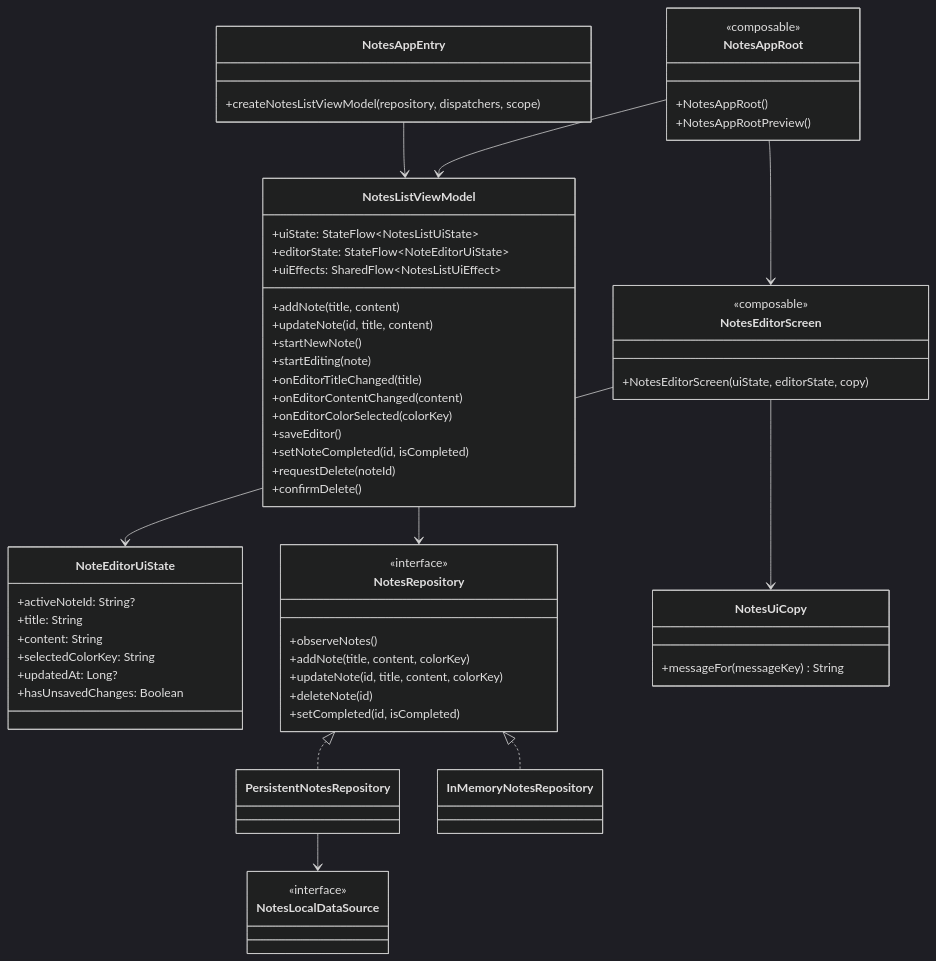
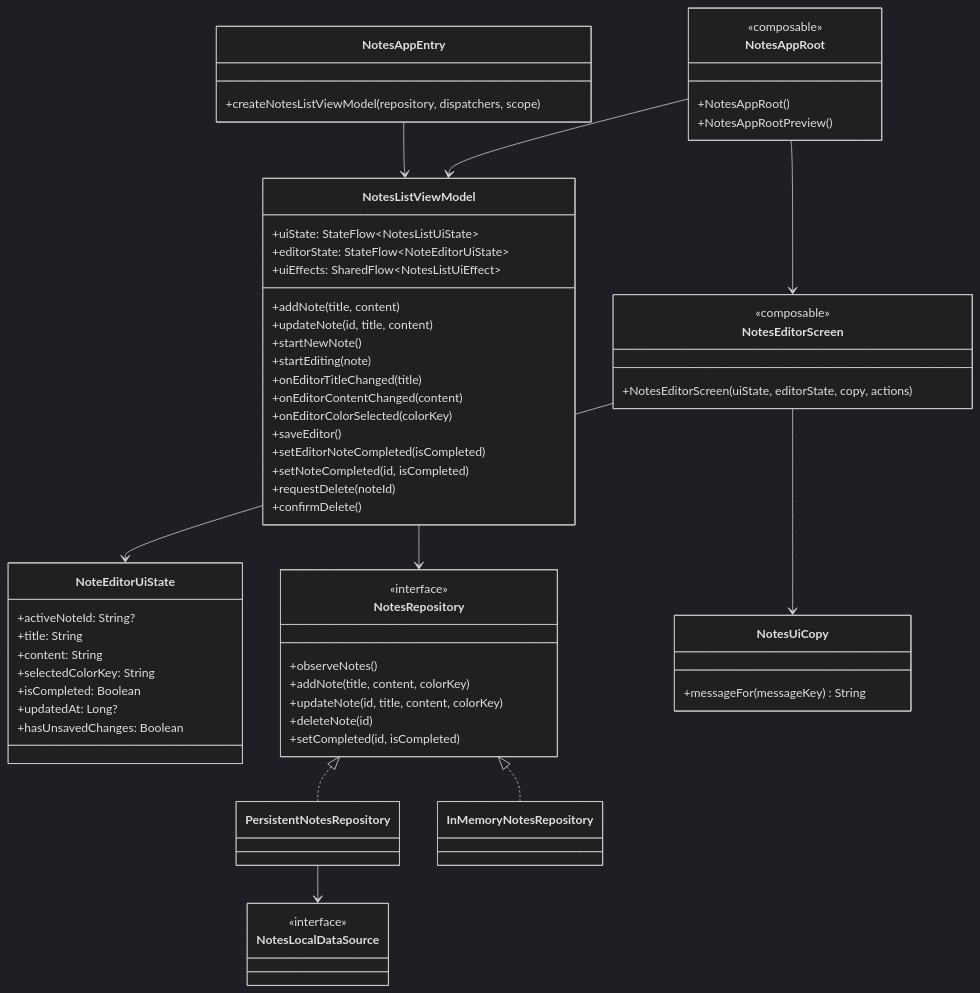
The second of 4 diagrams in feature/notes/ARCHITECTURE.md (TheSetox/note), drawn with Mermaid (dark theme) before and after one commit. The commit also changed 6 other files, not shown here.

Commit message:
feat: add notes editor actions

````diff
--- a/feature/notes/ARCHITECTURE.md
+++ b/feature/notes/ARCHITECTURE.md
@@ -18,72 +18,74 @@
 ```mermaid
 classDiagram
   class NotesAppEntry {
     +createNotesListViewModel(repository, dispatchers, scope)
   }
 
   class NotesListViewModel {
     +uiState: StateFlow~NotesListUiState~
     +editorState: StateFlow~NoteEditorUiState~
     +uiEffects: SharedFlow~NotesListUiEffect~
     +addNote(title, content)
     +updateNote(id, title, content)
     +startNewNote()
     +startEditing(note)
     +onEditorTitleChanged(title)
     +onEditorContentChanged(content)
     +onEditorColorSelected(colorKey)
     +saveEditor()
+    +setEditorNoteCompleted(isCompleted)
     +setNoteCompleted(id, isCompleted)
     +requestDelete(noteId)
     +confirmDelete()
   }
 
   class NoteEditorUiState {
     +activeNoteId: String?
     +title: String
     +content: String
     +selectedColorKey: String
+    +isCompleted: Boolean
     +updatedAt: Long?
     +hasUnsavedChanges: Boolean
   }
 
   class NotesRepository {
     <<interface>>
     +observeNotes()
     +addNote(title, content, colorKey)
     +updateNote(id, title, content, colorKey)
     +deleteNote(id)
     +setCompleted(id, isCompleted)
   }
 
   class NotesEditorScreen {
     <<composable>>
-    +NotesEditorScreen(uiState, editorState, copy)
+    +NotesEditorScreen(uiState, editorState, copy, actions)
   }
 
   class NotesUiCopy {
     +messageFor(messageKey) String
   }
 
   class PersistentNotesRepository
   class InMemoryNotesRepository
   class NotesLocalDataSource {
     <<interface>>
   }
 
   class NotesAppRoot {
     <<composable>>
     +NotesAppRoot()
     +NotesAppRootPreview()
   }
 
   NotesAppEntry --> NotesListViewModel
   NotesAppRoot --> NotesEditorScreen
   NotesAppRoot --> NotesListViewModel
   NotesEditorScreen --> NoteEditorUiState
   NotesEditorScreen --> NotesUiCopy
   NotesListViewModel --> NotesRepository
   NotesRepository <|.. PersistentNotesRepository
   NotesRepository <|.. InMemoryNotesRepository
   PersistentNotesRepository --> NotesLocalDataSource
 ```
````
